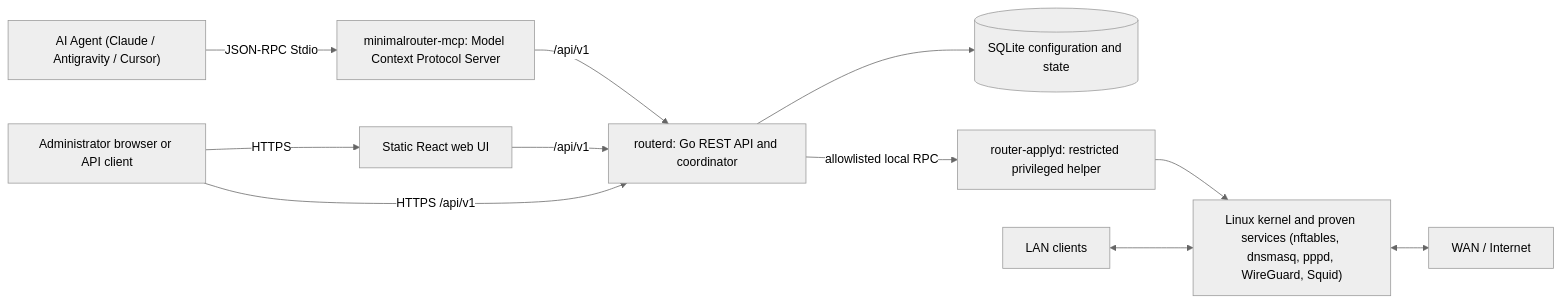
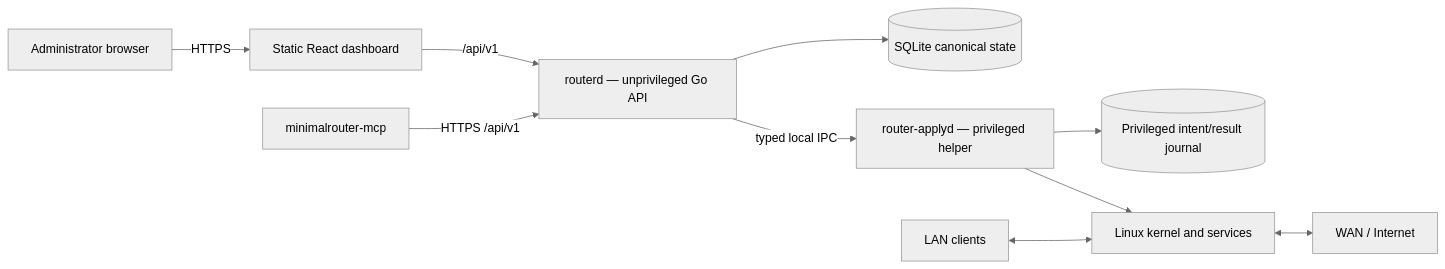
Before and after one commit to vladimirperovic/minimalrouter: the first of 2 diagrams in ARCHITECTURE.md, drawn with Mermaid (neutral theme). The commit also changed other lines of this file and 4 other files, not shown here.

Commit message:
docs: import validated recovery architecture

````diff
--- a/ARCHITECTURE.md
+++ b/ARCHITECTURE.md
@@ -22,24 +25,23 @@
 ```mermaid
 flowchart LR
-    Admin["Administrator browser or API client"]
-    AIAgent["AI Agent (Claude / Antigravity / Cursor)"]
-    MCP["minimalrouter-mcp: Model Context Protocol Server"]
-    UI["Static React web UI"]
-    API["routerd: Go REST API and coordinator"]
-    DB[("SQLite configuration and state")]
-    Apply["router-applyd: restricted privileged helper"]
-    Linux["Linux kernel and proven services (nftables, dnsmasq, pppd, WireGuard, Squid)"]
-    Internet["WAN / Internet"]
-    LAN["LAN clients"]
+    Admin[Administrator browser]
+    UI[Static React dashboard]
+    MCP[minimalrouter-mcp]
+    Routerd[routerd — unprivileged Go API]
+    DB[(SQLite canonical state)]
+    Applyd[router-applyd — privileged helper]
+    Journal[(Privileged intent/result journal)]
+    Linux[Linux kernel and services]
+    LAN[LAN clients]
+    WAN[WAN / Internet]
 
     Admin -->|HTTPS| UI
-    AIAgent -->|JSON-RPC Stdio| MCP
-    MCP -->|/api/v1| API
-    UI -->|/api/v1| API
-    Admin -->|HTTPS /api/v1| API
-    API --> DB
-    API -->|allowlisted local RPC| Apply
-    Apply --> Linux
+    UI -->|/api/v1| Routerd
+    MCP -->|HTTPS /api/v1| Routerd
+    Routerd --> DB
+    Routerd -->|typed local IPC| Applyd
+    Applyd --> Journal
+    Applyd --> Linux
     LAN <--> Linux
-    Linux <--> Internet
+    Linux <--> WAN
 ```
````
